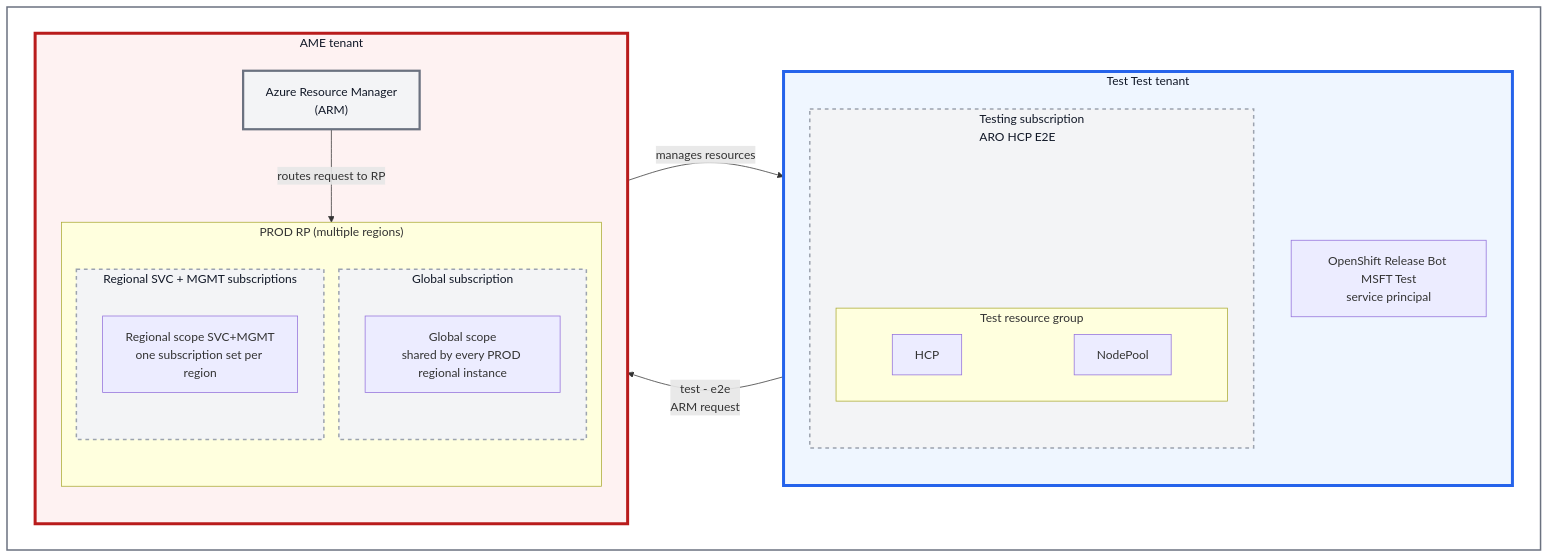
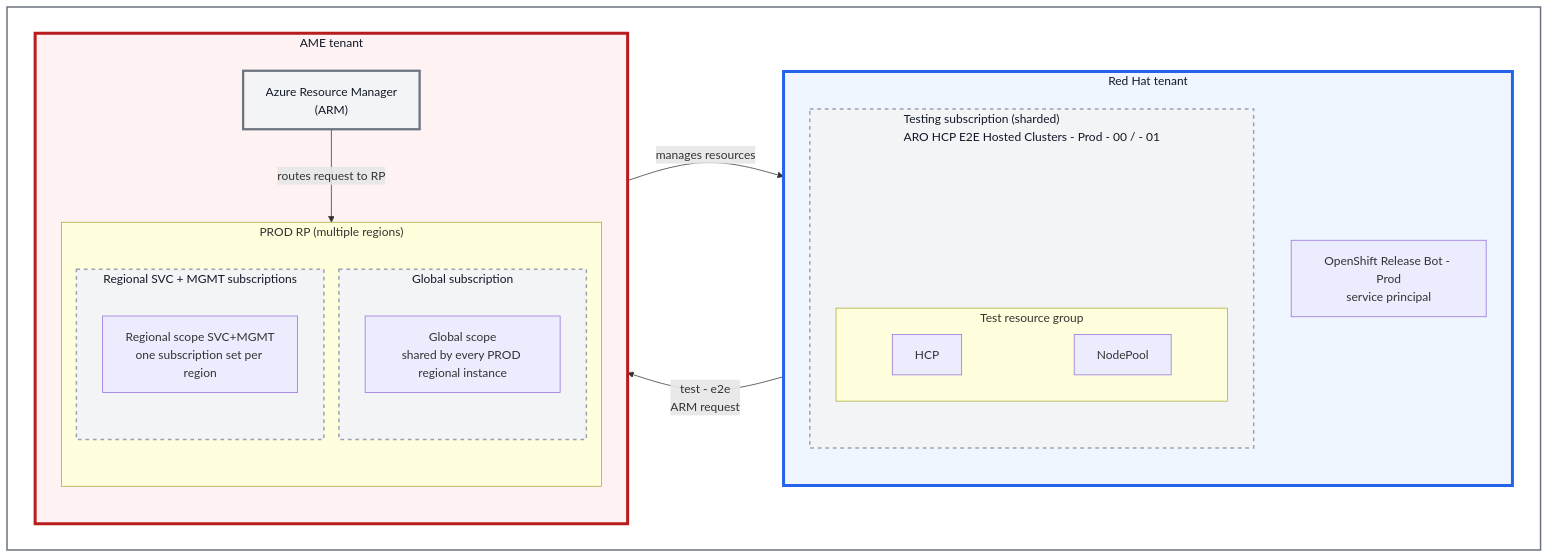
One commit to Azure/ARO-HCP changed the fourth of 4 diagrams in docs/ci/execution.md. Above: the diagram before and after it, drawn with Mermaid. The commit also changed other lines of this file and 4 other files, not shown here.

First line of the commit message:
ci: ready PROD e2e subscriptions for RH-tenant slot-manager onboarding

````diff
--- a/docs/ci/execution.md
+++ b/docs/ci/execution.md
@@ -234,43 +234,43 @@
 ```mermaid
 flowchart LR
     subgraph prodChart[" "]
         direction LR
-        subgraph prodTestTenant["Test Test tenant"]
+        subgraph prodTestTenant["Red Hat tenant"]
             direction TB
-            prodId["OpenShift Release Bot MSFT Test<br/>service principal"]
-            subgraph prodTestSub["Testing subscription<br/>ARO HCP E2E"]
+            prodId["OpenShift Release Bot - Prod<br/>service principal"]
+            subgraph prodTestSub["Testing subscription (sharded)<br/>ARO HCP E2E Hosted Clusters - Prod - 00 / - 01"]
                 direction TB
                 prodTestSubPad[".<br/>."]
                 subgraph prodRg["Test resource group"]
                     direction LR
                     prodHcp["HCP"]
                     prodNodePool["NodePool"]
                     prodHcp ~~~ prodNodePool
                 end
                 prodTestSubPad ~~~ prodRg
             end
         end
         subgraph prodSvcTenant["AME tenant"]
             direction TB
             prodArm["Azure Resource Manager<br/>(ARM)"]
             subgraph prodRp["PROD RP (multiple regions)"]
                 direction TB
                 subgraph prodGlobalSub["Global subscription"]
                     prodGlobal["Global scope<br/>shared by every PROD regional instance"]
                 end
                 subgraph prodRegionalSubs["Regional SVC + MGMT subscriptions"]
                     prodRegional["Regional scope SVC+MGMT<br/>one subscription set per region"]
                 end
             end
         end
         prodId -->|"test - e2e<br/>ARM request"| prodArm -->|"routes request to RP"| prodRegional -->|"manages resources"| prodRg
     end
     style prodChart fill:#ffffff,stroke:#6b7280,stroke-width:2px,color:transparent
     style prodTestSubPad fill:none,stroke:none,color:transparent
     style prodTestSub fill:#f3f4f6,stroke:#9ca3af,stroke-width:2px,stroke-dasharray: 5 5,color:#111827
     style prodGlobalSub fill:#f3f4f6,stroke:#9ca3af,stroke-width:2px,stroke-dasharray: 5 5,color:#111827
     style prodRegionalSubs fill:#f3f4f6,stroke:#9ca3af,stroke-width:2px,stroke-dasharray: 5 5,color:#111827
     style prodTestTenant fill:#eff6ff,stroke:#2563eb,stroke-width:4px,color:#111827
     style prodArm fill:#f3f4f6,stroke:#6b7280,stroke-width:3px,color:#111827
     style prodSvcTenant fill:#fef2f2,stroke:#b91c1c,stroke-width:4px,color:#111827
 ```
````
